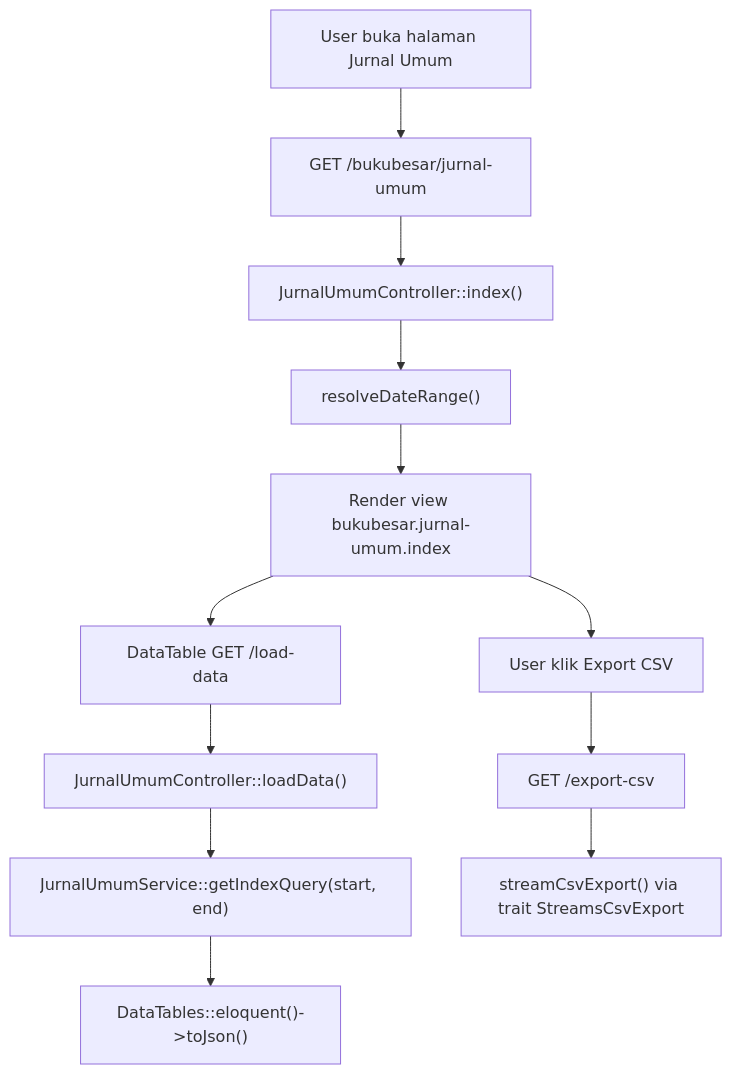
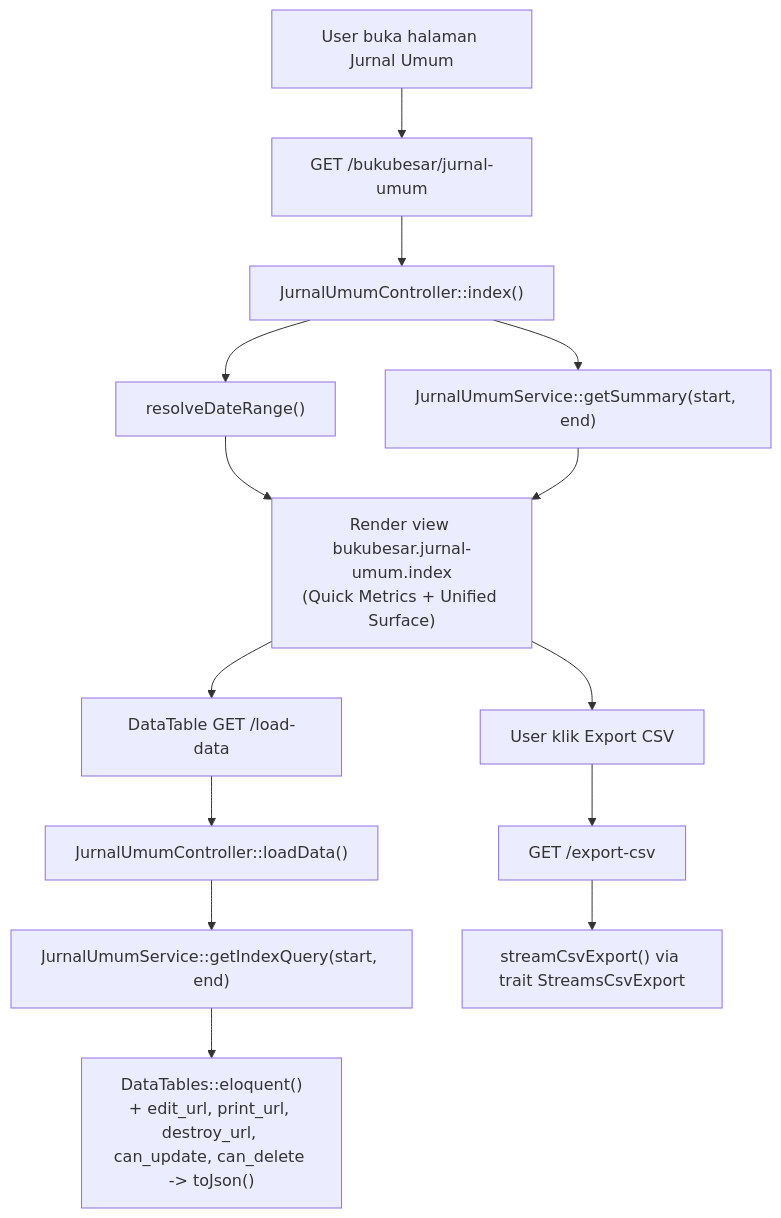
The first of 4 diagrams in dokumentasi/bukubesar-jurnal-umum.md (AltamaSidoarjo/laravel-siakurat-pt-smt), drawn with Mermaid before and after one commit. The commit also changed other lines of this file and 5 other files, not shown here.

Commit message:
feat(jurnal-umum): redesign datatable, dynamic sorting, freeze columns, dan format tanggal

````diff
--- a/dokumentasi/bukubesar-jurnal-umum.md
+++ b/dokumentasi/bukubesar-jurnal-umum.md
@@ -90,14 +90,15 @@
 ```mermaid
 flowchart TD
     A["User buka halaman Jurnal Umum"] --> B["GET /bukubesar/jurnal-umum"]
     B --> C["JurnalUmumController::index()"]
     C --> D["resolveDateRange()"]
-    D --> E["Render view bukubesar.jurnal-umum.index"]
+    C --> E1["JurnalUmumService::getSummary(start, end)"]
+    D & E1 --> E["Render view bukubesar.jurnal-umum.index\n(Quick Metrics + Unified Surface)"]
     E --> F["DataTable GET /load-data"]
     F --> G["JurnalUmumController::loadData()"]
     G --> H["JurnalUmumService::getIndexQuery(start, end)"]
-    H --> I["DataTables::eloquent()->toJson()"]
+    H --> I["DataTables::eloquent()\n+ edit_url, print_url, destroy_url, can_update, can_delete -> toJson()"]
     E --> J["User klik Export CSV"]
     J --> K["GET /export-csv"]
     K --> L["streamCsvExport() via trait StreamsCsvExport"]
 ```
````
